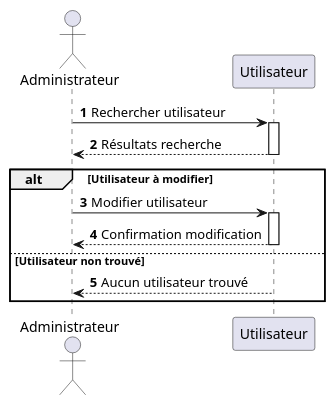
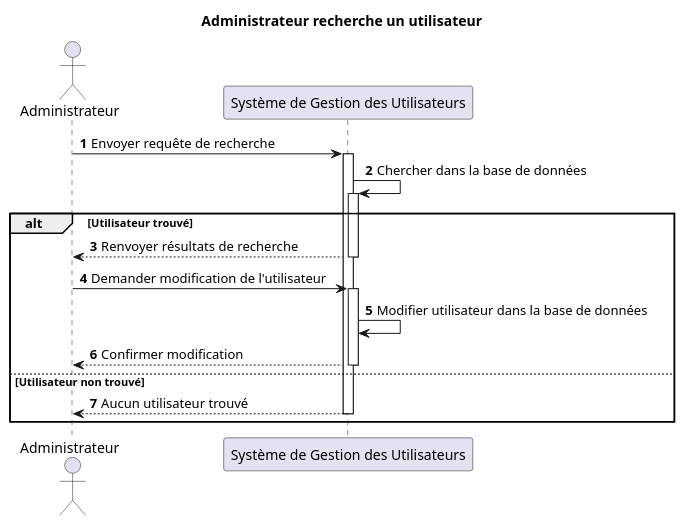
One commit to the-ark-of-noah/architecture-applicative-2024 changed the fourth of 5 diagrams in docs/functional/sequence-diagram-v1.puml. Above: the diagram before and after it, drawn with PlantUML. The commit also changed other lines of this file and 3 other files, not shown here.

```diff
--- a/docs/functional/sequence-diagram-v1.puml
+++ b/docs/functional/sequence-diagram-v1.puml
@@ -53,20 +95,29 @@
-@startuml
+@startuml Administrateur recherche un utilisateur
 autonumber
 
+title Administrateur recherche un utilisateur
+
 actor Administrateur
-participant Utilisateur
+participant "Système de Gestion des Utilisateurs" as Système
 
-Administrateur -> Utilisateur: Rechercher utilisateur
-activate Utilisateur
-Administrateur <-- Utilisateur: Résultats recherche
-deactivate Utilisateur
+Administrateur -> Système: Envoyer requête de recherche
+activate Système
 
-alt Utilisateur à modifier
-    Administrateur -> Utilisateur: Modifier utilisateur
-    activate Utilisateur
-    Administrateur <-- Utilisateur: Confirmation modification
-    deactivate Utilisateur
+Système -> Système: Chercher dans la base de données
+activate Système
+
+alt Utilisateur trouvé
+    Système --> Administrateur: Renvoyer résultats de recherche
+    deactivate Système
+
+    Administrateur -> Système: Demander modification de l'utilisateur
+    activate Système
+    Système -> Système: Modifier utilisateur dans la base de données
+    Système --> Administrateur: Confirmer modification
+    deactivate Système
 else Utilisateur non trouvé
-    Administrateur <-- Utilisateur: Aucun utilisateur trouvé
+    Système --> Administrateur: Aucun utilisateur trouvé
+    deactivate Système
 end
+
 @enduml
```
